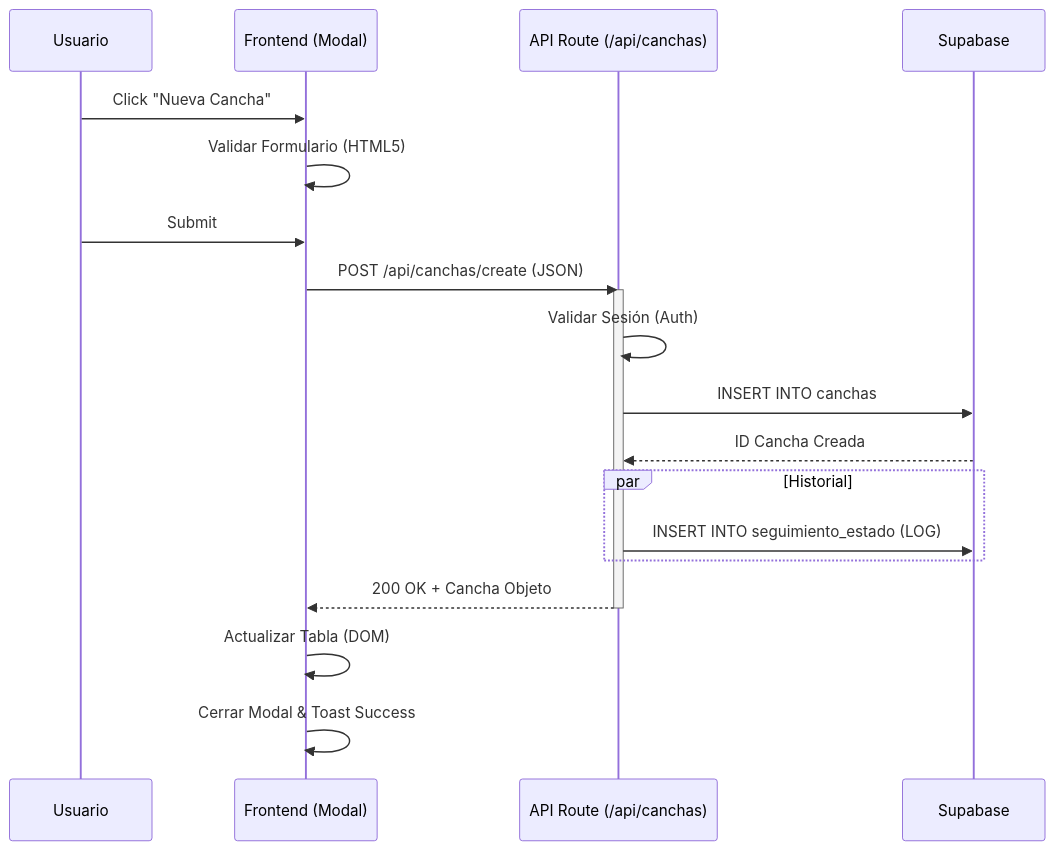
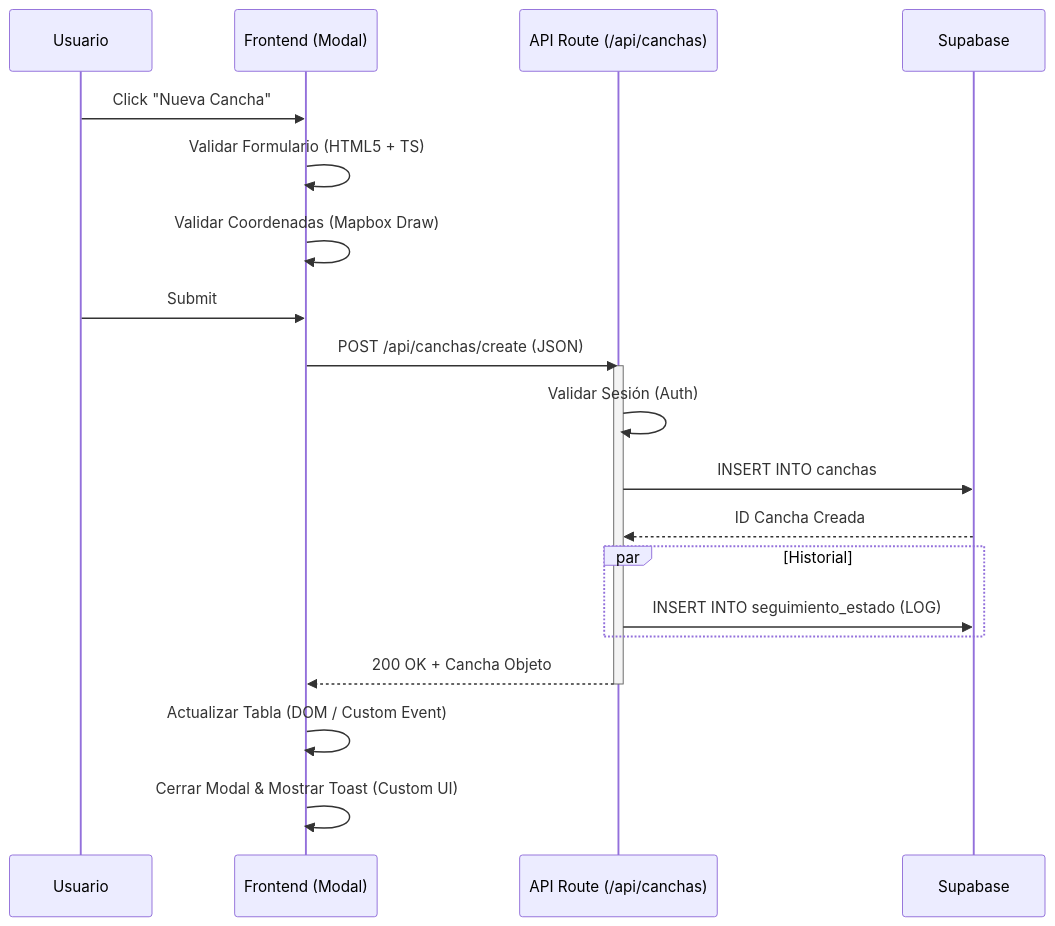
One commit to titoruizh/canchas-anglo2 changed the third of 4 diagrams in Arquitectura Software Final.md. Above: the diagram before and after it, drawn with Mermaid. The commit also changed 11 other files, not shown here.

````diff
--- a/Arquitectura Software Final.md
+++ b/Arquitectura Software Final.md
@@ -148,25 +148,26 @@
 ```mermaid
 sequenceDiagram
     participant U as Usuario
     participant FE as Frontend (Modal)
     participant API as API Route (/api/canchas)
     participant DB as Supabase
 
     U->>FE: Click "Nueva Cancha"
-    FE->>FE: Validar Formulario (HTML5)
+    FE->>FE: Validar Formulario (HTML5 + TS)
+    FE->>FE: Validar Coordenadas (Mapbox Draw)
     U->>FE: Submit
     FE->>API: POST /api/canchas/create (JSON)
     activate API
     API->>API: Validar Sesión (Auth)
     API->>DB: INSERT INTO canchas
     DB-->>API: ID Cancha Creada
     
     par Historial
         API->>DB: INSERT INTO seguimiento_estado (LOG)
     end
     
     API-->>FE: 200 OK + Cancha Objeto
     deactivate API
-    FE->>FE: Actualizar Tabla (DOM)
-    FE->>FE: Cerrar Modal & Toast Success
+    FE->>FE: Actualizar Tabla (DOM / Custom Event)
+    FE->>FE: Cerrar Modal & Mostrar Toast (Custom UI)
 ```
````
